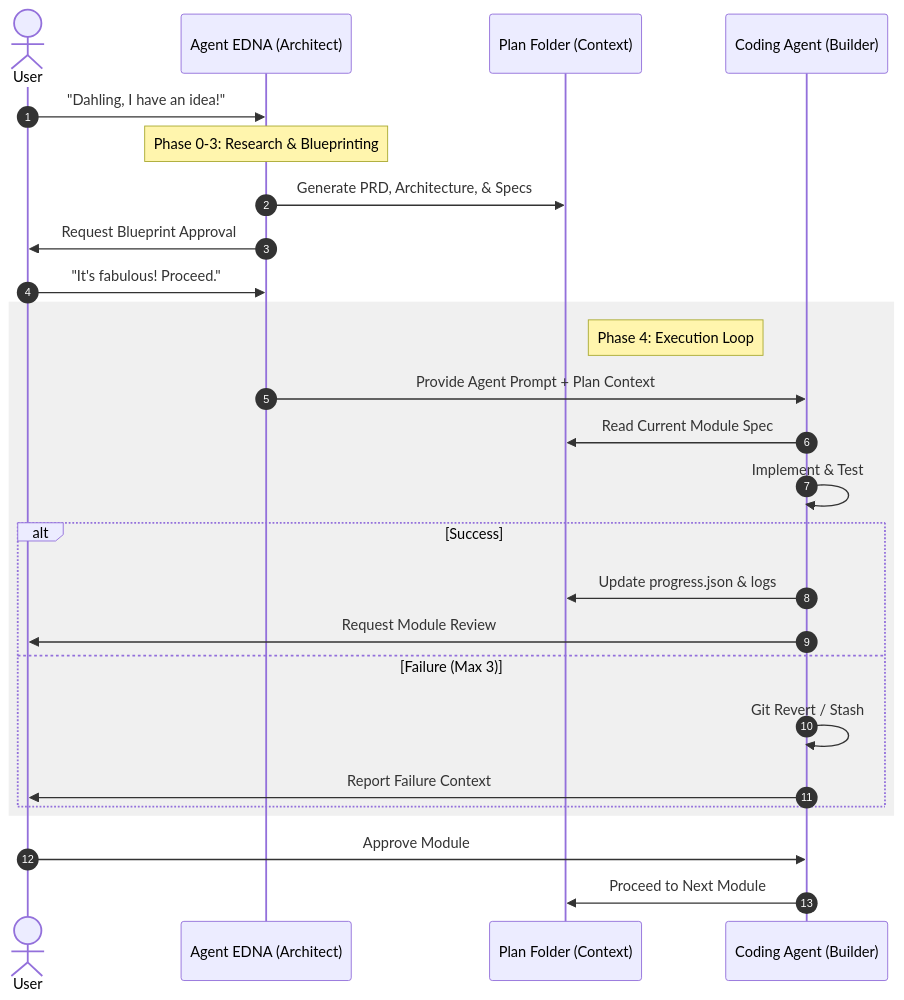
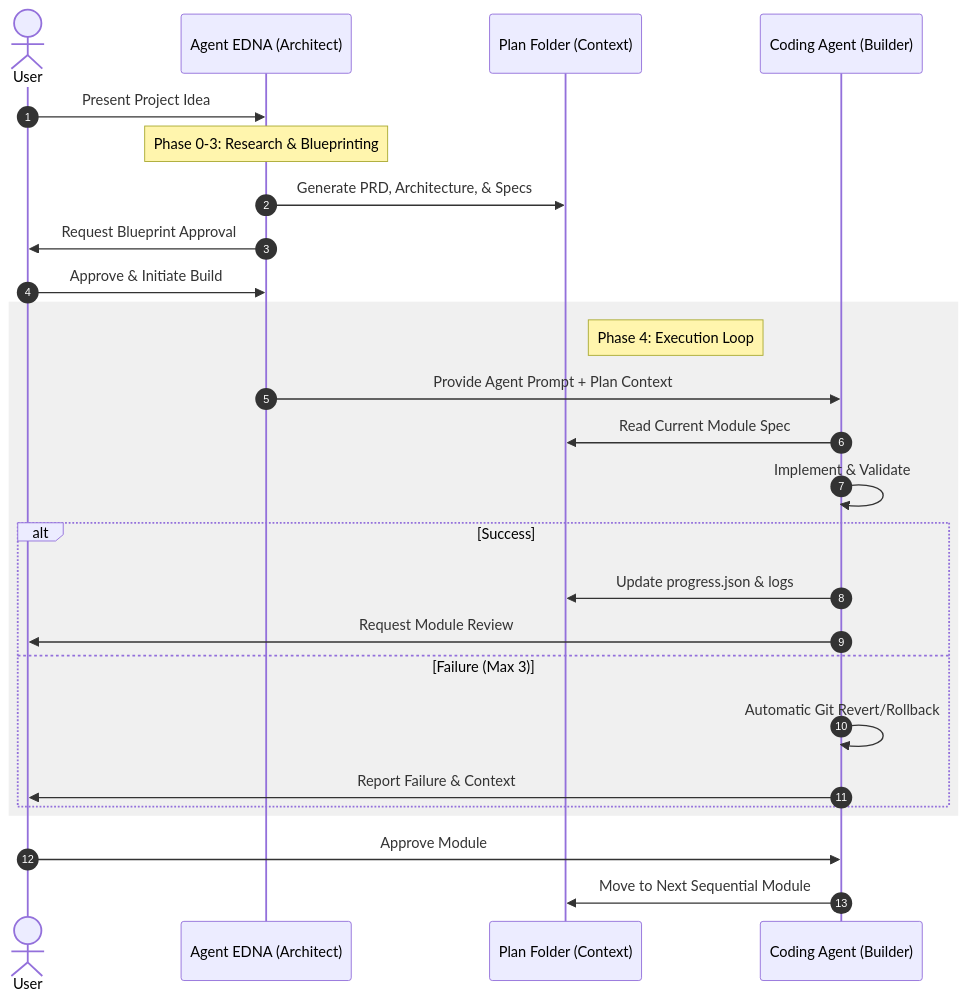
Before and after one commit to arinadi/EDNA: the diagram in how_it_works.md, drawn with Mermaid. The commit also changed other lines of this file, not shown here.

````diff
--- a/how_it_works.md
+++ b/how_it_works.md
@@ -32,31 +35,31 @@
 ```mermaid
 sequenceDiagram
     autonumber
     actor User
     participant EDNA as Agent EDNA (Architect)
     participant Plan as Plan Folder (Context)
     participant Coder as Coding Agent (Builder)
 
-    User->>EDNA: "Dahling, I have an idea!"
+    User->>EDNA: Present Project Idea
     Note over EDNA: Phase 0-3: Research & Blueprinting
     EDNA->>Plan: Generate PRD, Architecture, & Specs
     EDNA->>User: Request Blueprint Approval
-    User->>EDNA: "It's fabulous! Proceed."
+    User->>EDNA: Approve & Initiate Build
     
     rect rgb(240, 240, 240)
         Note right of Plan: Phase 4: Execution Loop
         EDNA->>Coder: Provide Agent Prompt + Plan Context
         Coder->>Plan: Read Current Module Spec
-        Coder->>Coder: Implement & Test
+        Coder->>Coder: Implement & Validate
         alt Success
             Coder->>Plan: Update progress.json & logs
             Coder->>User: Request Module Review
         else Failure (Max 3)
-            Coder->>Coder: Git Revert / Stash
-            Coder->>User: Report Failure Context
+            Coder->>Coder: Automatic Git Revert/Rollback
+            Coder->>User: Report Failure & Context
         end
     end
     
     User->>Coder: Approve Module
-    Coder->>Plan: Proceed to Next Module
+    Coder->>Plan: Move to Next Sequential Module
 ```
````
